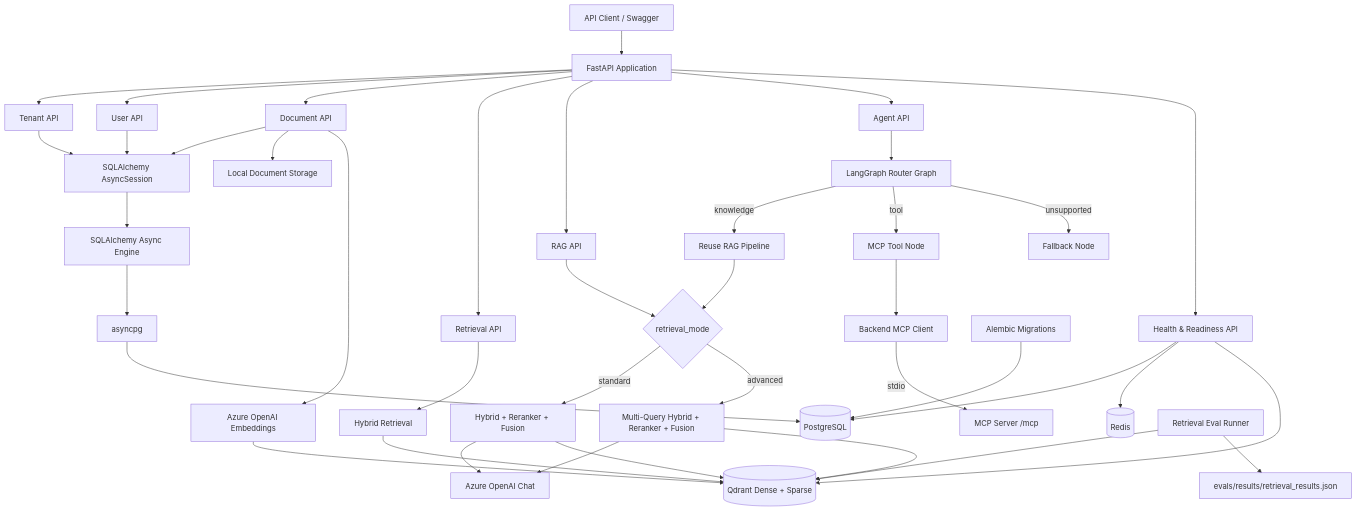
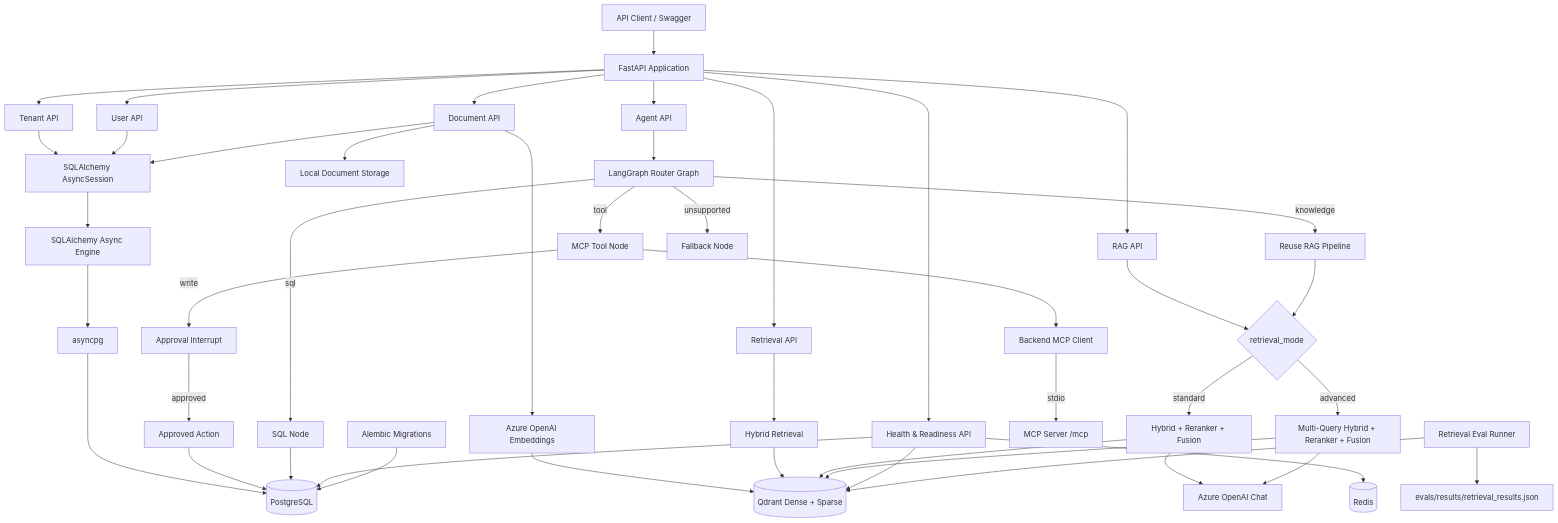
Before and after one commit to kkureli/enterprise-agentic-ai-platform: the first of 4 diagrams in docs/architecture.md, drawn with Mermaid. The commit also changed other lines of this file and 36 other files, not shown here.

````diff
--- a/docs/architecture.md
+++ b/docs/architecture.md
@@ -11,53 +14,58 @@
 ```mermaid
 flowchart TD
     Client[API Client / Swagger]
 
     Client --> FastAPI[FastAPI Application]
 
     FastAPI --> TenantAPI[Tenant API]
     FastAPI --> UserAPI[User API]
     FastAPI --> DocumentAPI[Document API]
     FastAPI --> RetrievalAPI[Retrieval API]
     FastAPI --> RagAPI[RAG API]
     FastAPI --> AgentAPI[Agent API]
     FastAPI --> HealthAPI[Health & Readiness API]
 
     TenantAPI --> Session[SQLAlchemy AsyncSession]
     UserAPI --> Session
     DocumentAPI --> Session
 
     Session --> Engine[SQLAlchemy Async Engine]
     Engine --> AsyncPG[asyncpg]
     AsyncPG --> PostgreSQL[(PostgreSQL)]
 
     DocumentAPI --> Storage[Local Document Storage]
     DocumentAPI --> Embed[Azure OpenAI Embeddings]
     Embed --> Qdrant[(Qdrant Dense + Sparse)]
 
     RetrievalAPI --> Hybrid[Hybrid Retrieval]
     RagAPI --> Mode{retrieval_mode}
     Mode -->|standard| HybridRerank[Hybrid + Reranker + Fusion]
     Mode -->|advanced| MultiQuery[Multi-Query Hybrid + Reranker + Fusion]
     HybridRerank --> Chat[Azure OpenAI Chat]
     MultiQuery --> Chat
 
     AgentAPI --> Graph[LangGraph Router Graph]
     Graph -->|knowledge| RagReuse[Reuse RAG Pipeline]
+    Graph -->|sql| SQLNode[SQL Node]
     Graph -->|tool| MCPToolNode[MCP Tool Node]
     Graph -->|unsupported| Fallback[Fallback Node]
+    MCPToolNode -->|write| Approval[Approval Interrupt]
+    Approval -->|approved| ApprovedAction[Approved Action]
+    ApprovedAction --> PostgreSQL
+    SQLNode --> PostgreSQL
     RagReuse --> Mode
     MCPToolNode --> MCPClient[Backend MCP Client]
     MCPClient -->|stdio| MCPServer[MCP Server /mcp]
 
     Hybrid --> Qdrant
     HybridRerank --> Qdrant
     MultiQuery --> Qdrant
 
     HealthAPI --> PostgreSQL
     HealthAPI --> Redis[(Redis)]
     HealthAPI --> Qdrant
 
     Alembic[Alembic Migrations] --> PostgreSQL
     Evals[Retrieval Eval Runner] --> Qdrant
     Evals --> Results[evals/results/retrieval_results.json]
 ```
````
